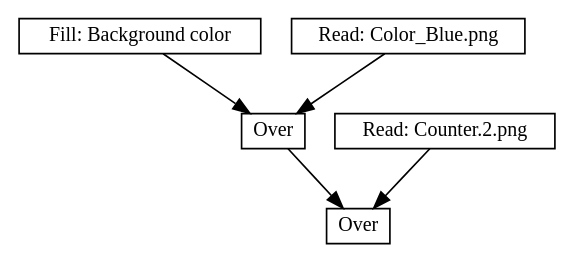
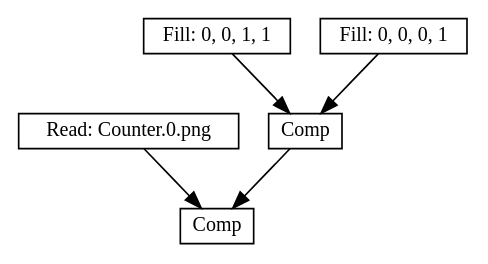
The diagram in images/CompositeTracksGraph.dot (darbyjohnston/toucan), drawn with Graphviz before and after one commit. The commit also changed 7 other files, not shown here.

```diff
--- a/images/CompositeTracksGraph.dot
+++ b/images/CompositeTracksGraph.dot
@@ -1,12 +1,12 @@
 digraph CompositeTracks {
     node [shape=box, fontsize=12, margin=0.05, width=0, height=0];
-    Fill [label="Fill: Background color"]
-    Read [label="Read: Color_Blue.png"]
-    Read2 [label="Read: Counter.2.png"]
-    Over [label="Over"]
-    Over2 [label="Over"]
-    Fill -> Over;
-    Read -> Over;
-    Over -> Over2;
-    Read2 -> Over2;
+    Comp_1599726180416 [label="Comp"]
+    SequenceRead_1597776614800 -> Comp_1599726180416
+    SequenceRead_1597776614800 [label="Read: Counter.0.png"]
+    Comp_1599726179168 -> Comp_1599726180416
+    Comp_1599726179168 [label="Comp"]
+    Fill_1599713589184 -> Comp_1599726179168
+    Fill_1599713589184 [label="Fill: 0, 0, 1, 1"]
+    Fill_1599713588960 -> Comp_1599726179168
+    Fill_1599713588960 [label="Fill: 0, 0, 0, 1"]
 }
```
